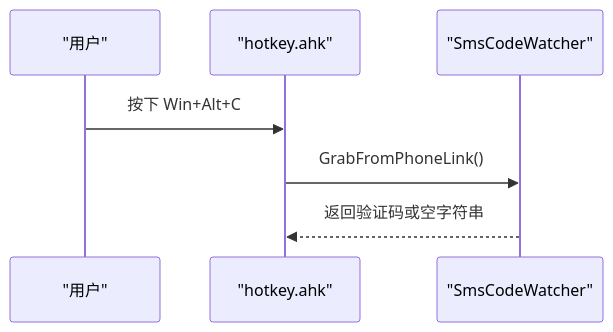
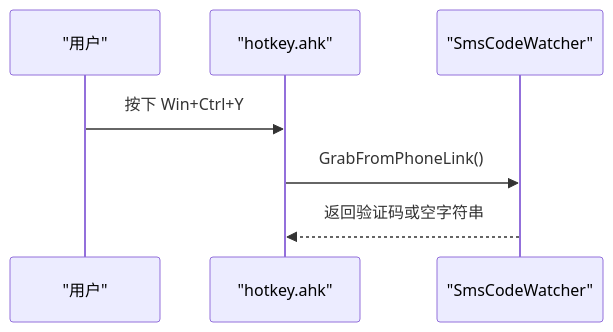
The fifth of 7 diagrams in .qoder/repowiki/zh/content/核心功能/SMS验证码提取系统.md (wangys-123doit/hotkey), drawn with Mermaid before and after one commit. The commit also changed other lines of this file and 8 other files, not shown here.

````diff
--- a/.qoder/repowiki/zh/content/核心功能/SMS验证码提取系统.md
+++ b/.qoder/repowiki/zh/content/核心功能/SMS验证码提取系统.md
@@ -167,9 +174,9 @@
 ```mermaid
 sequenceDiagram
 participant User as "用户"
 participant HK as "hotkey.ahk"
 participant SW as "SmsCodeWatcher"
-User->>HK : 按下 Win+Alt+C
+User->>HK : 按下 Win+Ctrl+Y
 HK->>SW : GrabFromPhoneLink()
 SW-->>HK : 返回验证码或空字符串
 ```
````
